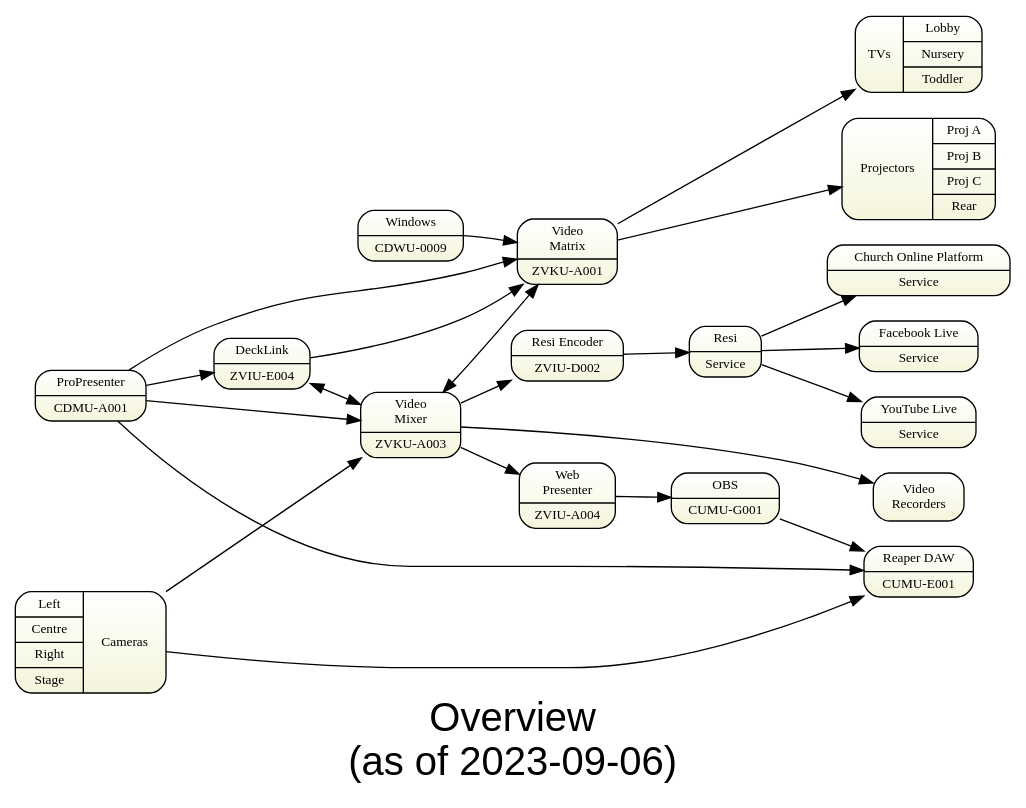
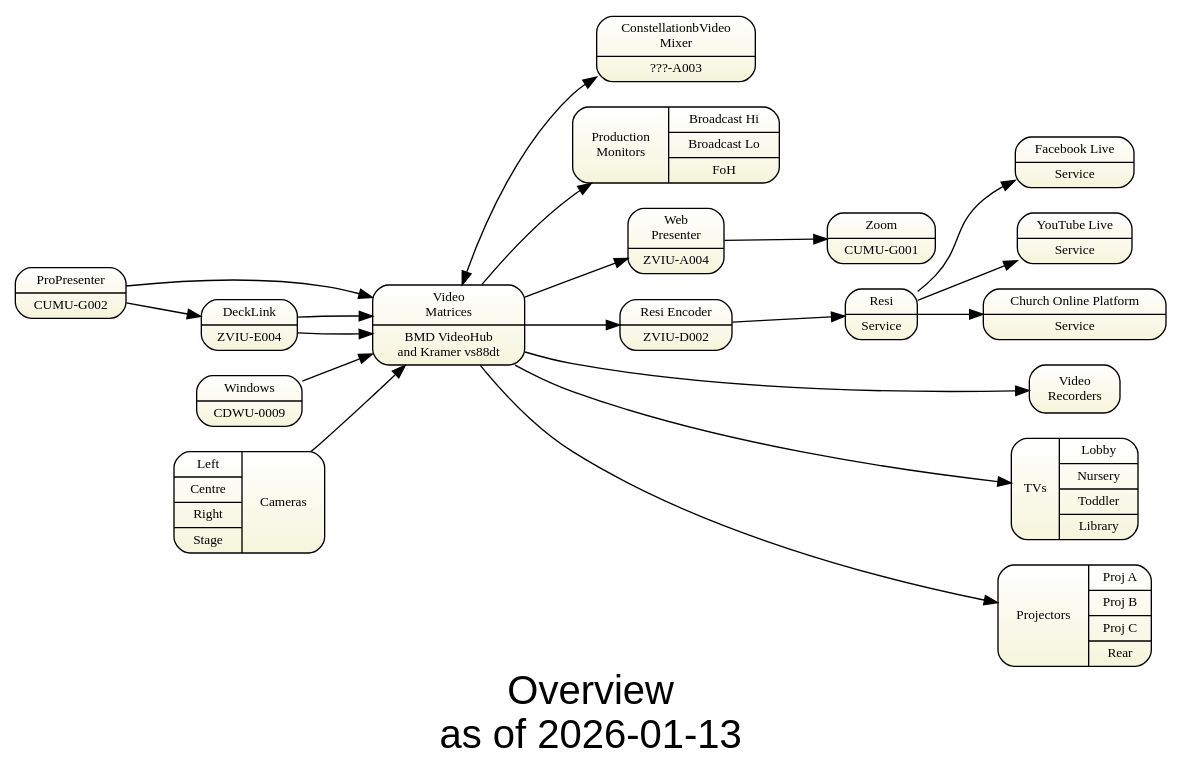
Before and after one commit to avmaint/uactechdoc: the diagram in gv/sdv-topology0-overview.gv, drawn with Graphviz. The commit also changed 2 other files, not shown here.

Commit message:
updated diagrams

```diff
--- a/gv/sdv-topology0-overview.gv
+++ b/gv/sdv-topology0-overview.gv
@@ -1,62 +1,55 @@
 digraph topology0 { 
+	tooltip="General Overview"
+	
 graph [overlap = true, fontsize = 30, rankdir=LR 
-      label="Overview\n(as of 2023-09-06)",
+      label="Overview\nas of 2026-01-13",
       fontname = Helvetica]
 
-node [shape=Mrecord, tooltip="" , fontsize = 10, 
+node [shape=Mrecord, tooltip="" fontsize = 10, 
       fillcolor="white:beige" , style=filled  
       gradientangle=270]
       
-zvkua001 [label="Video\nMatrix|ZVKU-A001"]
-zvkua003 [label="Video\nMixer|ZVKU-A003"]
-    
-cdmua001 [label="ProPresenter|CDMU-A001"]
-cumug001 [label="OBS|CUMU-G001"]
-cdwu0009 [label="Windows|CDWU-0009"]
-
-wp [label="Web\nPresenter|ZVIU-A004"] 
-
-cdmua001 -> zvkua003
+vid_matrices  [label="Video\nMatrices|BMD VideoHub\nand Kramer vs88dt"]
+constellation [label="Constellation\bVideo\nMixer|???-A003"]
+prod_monitors [label="{Production\nMonitors|{Broadcast Hi|Broadcast Lo|FoH}}"]
+cumug002    [label="ProPresenter|CUMU-G002"]
+cumug001    [label="Zoom|CUMU-G001"]
+cdwu0009    [label="Windows|CDWU-0009"]
+wp          [label="Web\nPresenter|ZVIU-A004"] 
 zviud002    [label="Resi Encoder|ZVIU-D002"]
 resi        [label="Resi|Service"]
 facebook    [label="Facebook Live|Service"]
 youtube     [label="YouTube Live|Service"]
 chop        [label="Church Online Platform|Service"]
 recorders   [label="Video\nRecorders"]
 zviue004    [label="DeckLink|ZVIU-E004"]
-tvs         [label="{TVs|{Lobby|Nursery|Toddler}}"]
+tvs         [label="{TVs|{Lobby|Nursery|Toddler|Library}}"]
 cameras     [label="{{Left|Centre|Right|Stage}|Cameras}"]
-cumue001	[label="Reaper DAW|CUMU-E001"]
-
 projectors  [label="{Projectors|{Proj A | Proj B | Proj C | Rear}}"]
 
-cdmua001 -> zviue004
-zviue004 -> zvkua001
+cumug002 -> zviue004
 
-zvkua001 -> tvs
-
-zvkua003 -> zviud002
 zviud002 -> resi
 resi     -> facebook
 resi     -> youtube
 resi     -> chop 
  
-cdmua001       -> zvkua001:i4  
-cdwu0009:hdmi  -> zvkua001:i5
-zvkua003       -> zvkua001 [dir=both]
+wp -> cumug001  
 
-zviue004 -> zvkua003 [dir=both]
+cameras -> vid_matrices
+cumug002 -> vid_matrices 
+zviue004 -> vid_matrices
+zviue004 -> vid_matrices
+cdwu0009 -> vid_matrices
 
-wp -> cumug001  
-cumug001 -> cumue001
-cdmua001 -> cumue001
-cameras  -> cumue001 
-
-cameras -> zvkua003
-zvkua003 -> wp
-zvkua001 -> projectors
-zvkua003 -> recorders
+vid_matrices -> wp
+vid_matrices -> projectors
+vid_matrices -> recorders
+vid_matrices -> tvs
+vid_matrices -> zviud002
+vid_matrices -> prod_monitors
+vid_matrices -> constellation [dir="both"]
 
 {rank=same; facebook youtube chop projectors recorders tvs}
-{rank=same; cameras cdmua001       }
+ 
 } 
```
